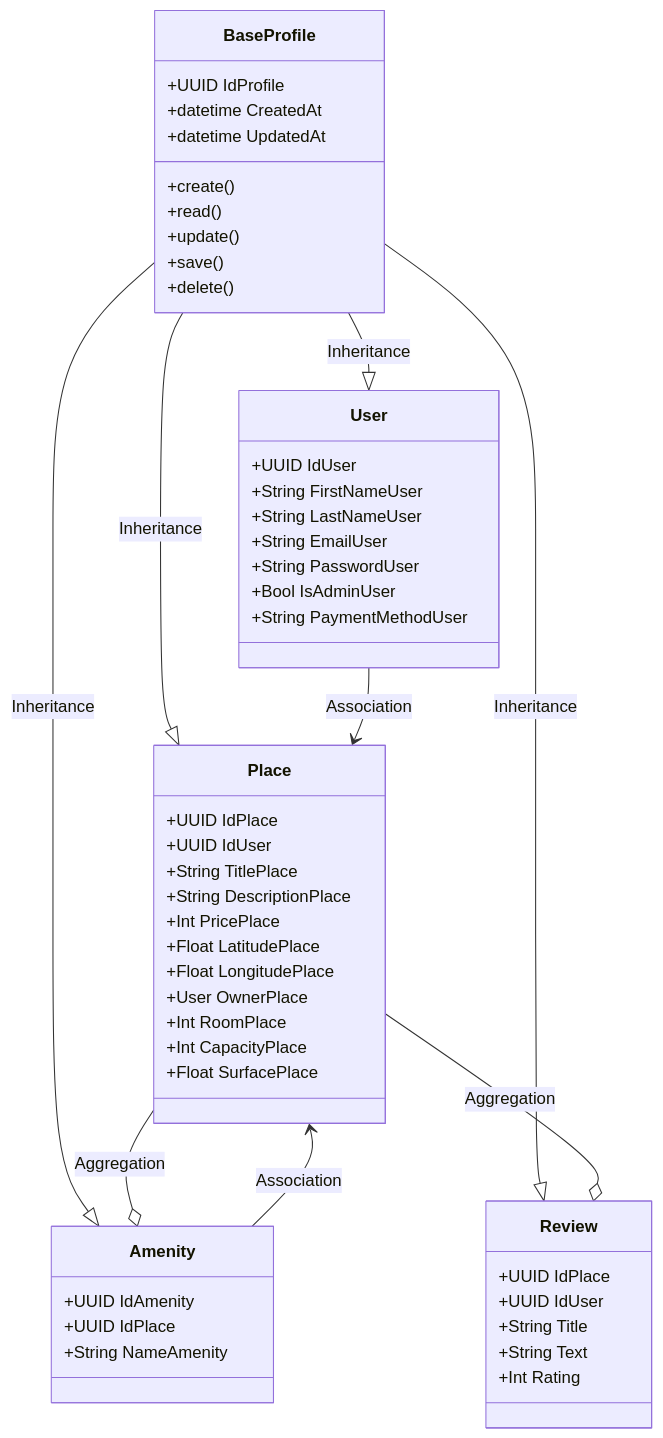
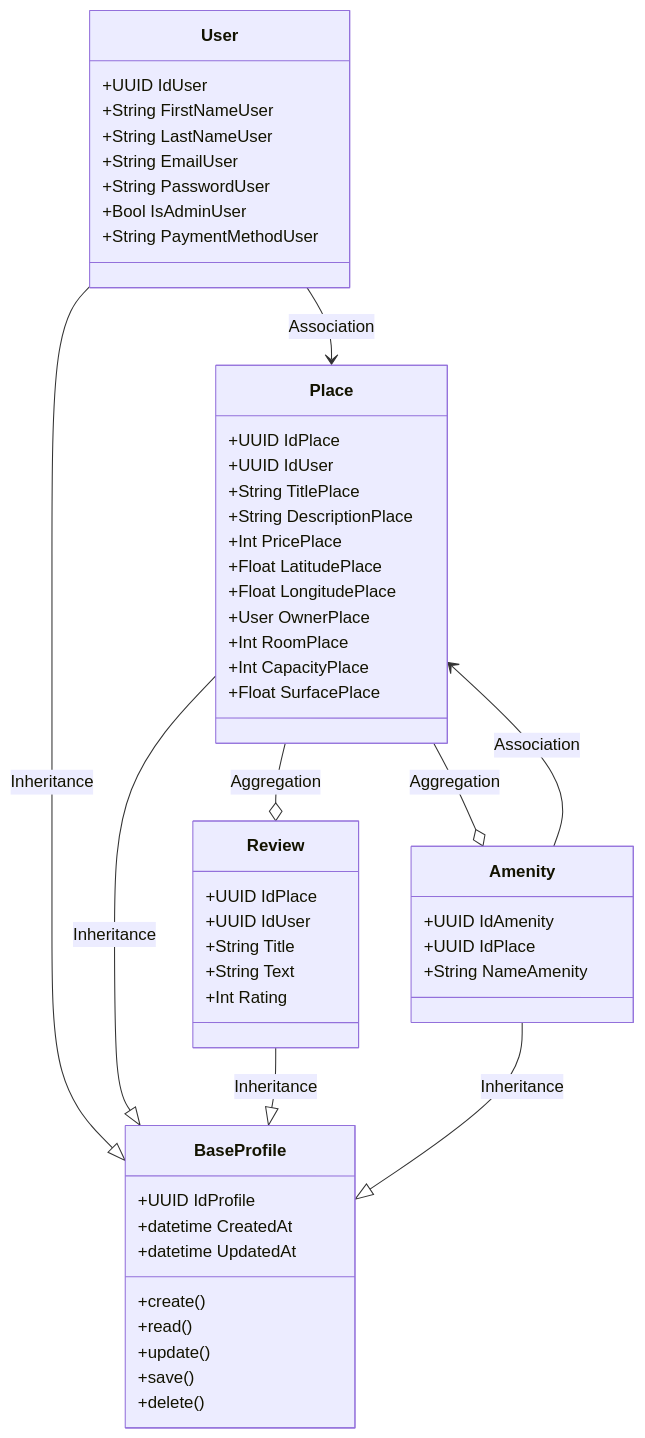
The diagram in part1/Diagram/2-Diagram_BussinessLogic.md (JeremyLrs/holbertonschool-hbnb), drawn with Mermaid before and after one commit. The commit also changed other lines of this file, not shown here.

Commit message:
Change way for inheritance

```diff
--- a/part1/Diagram/2-Diagram_BussinessLogic.md
+++ b/part1/Diagram/2-Diagram_BussinessLogic.md
@@ -101,13 +102,13 @@
 
   
 
-BaseProfile --|> User : Inheritance
+User --|> BaseProfile : Inheritance
 
-BaseProfile --|> Place : Inheritance
+Place  --|> BaseProfile : Inheritance
 
-BaseProfile --|> Review : Inheritance
+Review  --|> BaseProfile : Inheritance
 
-BaseProfile --|> Amenity : Inheritance
+Amenity --|> BaseProfile : Inheritance
 
 User --> Place : Association
 
```
